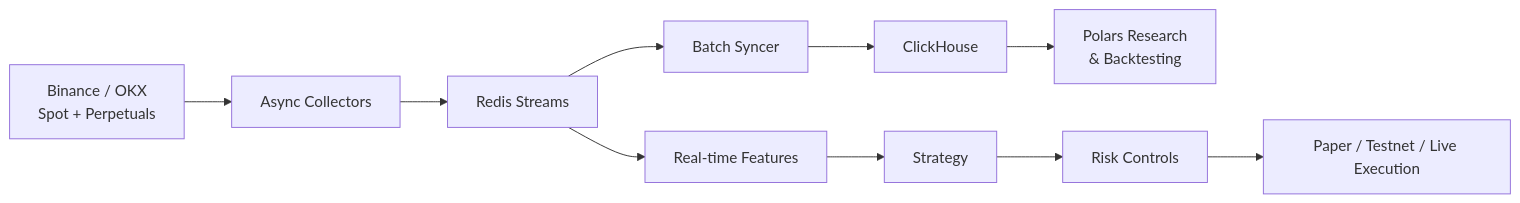
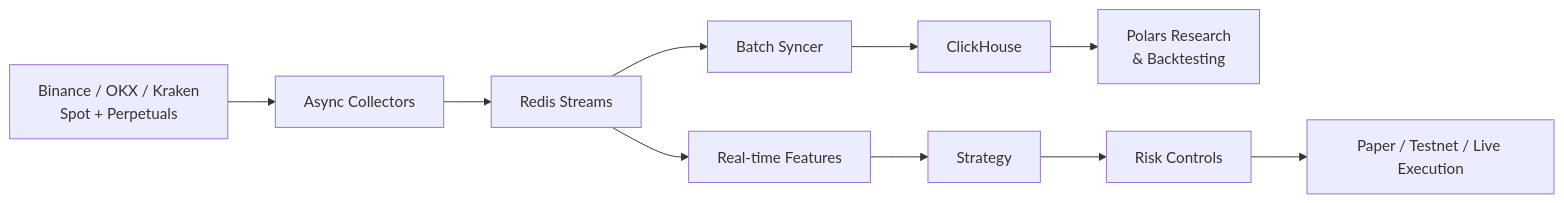
Before and after one commit to martinyip86/MLOps-quant-pipeline: the diagram in README.md, drawn with Mermaid. The commit also changed other lines of this file, not shown here.

````diff
--- a/README.md
+++ b/README.md
@@ -28,17 +28,17 @@
 ```mermaid
 flowchart LR
-    EX["Binance / OKX<br/>Spot + Perpetuals"]
+    EX["Binance / OKX / Kraken<br/>Spot + Perpetuals"]
     C["Async Collectors"]
     R["Redis Streams"]
     S["Batch Syncer"]
     CH["ClickHouse"]
     RES["Polars Research<br/>& Backtesting"]
     FE["Real-time Features"]
     ST["Strategy"]
     RK["Risk Controls"]
     OE["Paper / Testnet / Live Execution"]
 
     EX --> C --> R
     R --> S --> CH --> RES
     R --> FE --> ST --> RK --> OE
 ```
````
